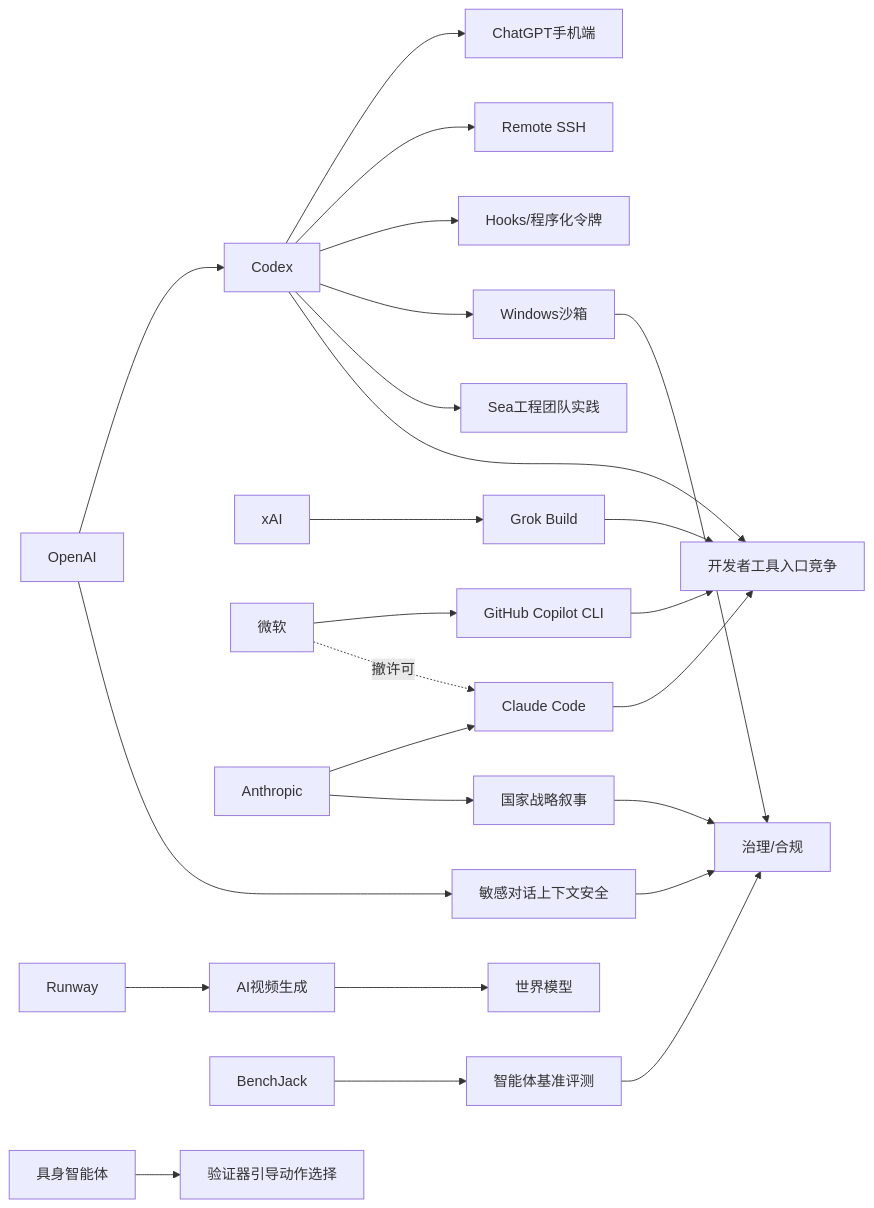
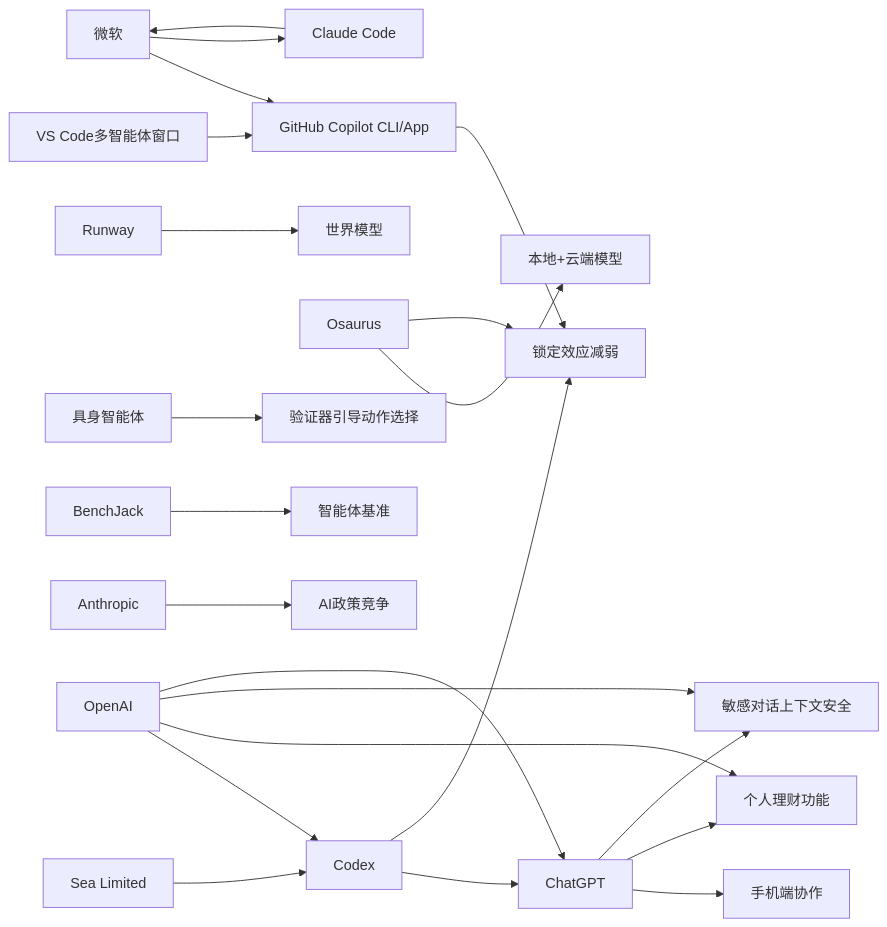
The diagram in content/cn/2026/2026-05/2026-05-15.md (zhuxinfei/ai-daily-site), drawn with Mermaid before and after one commit. The commit also changed other lines of this file, not shown here.

````diff
--- a/content/cn/2026/2026-05/2026-05-15.md
+++ b/content/cn/2026/2026-05/2026-05-15.md
@@ -110,60 +110,53 @@
 ```mermaid
 graph LR
     OpenAI[OpenAI]
     Codex[Codex]
-    Mobile[ChatGPT手机端]
-    SSH[Remote SSH]
-    Hooks[Hooks/程序化令牌]
-    Sandbox[Windows沙箱]
-    Sea[Sea工程团队实践]
-
-    xAI[xAI]
-    Grok[Grok Build]
+    ChatGPT[ChatGPT]
+    Mobile[手机端协作]
+    Finance[个人理财功能]
+    Safety[敏感对话上下文安全]
+    Sea[Sea Limited]
     Microsoft[微软]
-    Copilot[GitHub Copilot CLI]
-    Anthropic[Anthropic]
+    Copilot[GitHub Copilot CLI/App]
     Claude[Claude Code]
-
+    VSCode[VS Code多智能体窗口]
+    Osaurus[Osaurus]
+    LocalCloud[本地+云端模型]
     Runway[Runway]
-    Video[AI视频生成]
-    WorldModel[世界模型]
-
-    Safety[敏感对话上下文安全]
+    WorldModels[世界模型]
     Embodied[具身智能体]
     Verifier[验证器引导动作选择]
-
     BenchJack[BenchJack]
-    Eval[智能体基准评测]
-    Governance[治理/合规]
-    Policy[国家战略叙事]
+    Benchmarks[智能体基准]
+    Anthropic[Anthropic]
+    Policy[AI政策竞争]
+    Lockin[锁定效应减弱]
 
     OpenAI --> Codex
-    Codex --> Mobile
-    Codex --> SSH
-    Codex --> Hooks
-    Codex --> Sandbox
-    Codex --> Sea
+    Codex --> ChatGPT
+    ChatGPT --> Mobile
+    OpenAI --> Finance
+    OpenAI --> Safety
+    Sea --> Codex
 
-    xAI --> Grok
     Microsoft --> Copilot
-    Microsoft -.撤许可.-> Claude
-    Anthropic --> Claude
+    Microsoft --> Claude
+    VSCode --> Copilot
+    Claude --> Microsoft
 
-    Runway --> Video
-    Video --> WorldModel
+    OpenAI --> ChatGPT
+    ChatGPT --> Finance
+    ChatGPT --> Safety
 
-    OpenAI --> Safety
+    Osaurus --> LocalCloud
+
+    Runway --> WorldModels
     Embodied --> Verifier
+    BenchJack --> Benchmarks
 
-    BenchJack --> Eval
-    Eval --> Governance
-    Sandbox --> Governance
-    Safety --> Governance
     Anthropic --> Policy
-    Policy --> Governance
 
-    Codex --> DevTools[开发者工具入口竞争]
-    Grok --> DevTools
-    Copilot --> DevTools
-    Claude --> DevTools
+    Codex --> Lockin
+    Copilot --> Lockin
+    Osaurus --> Lockin
 ```
````
